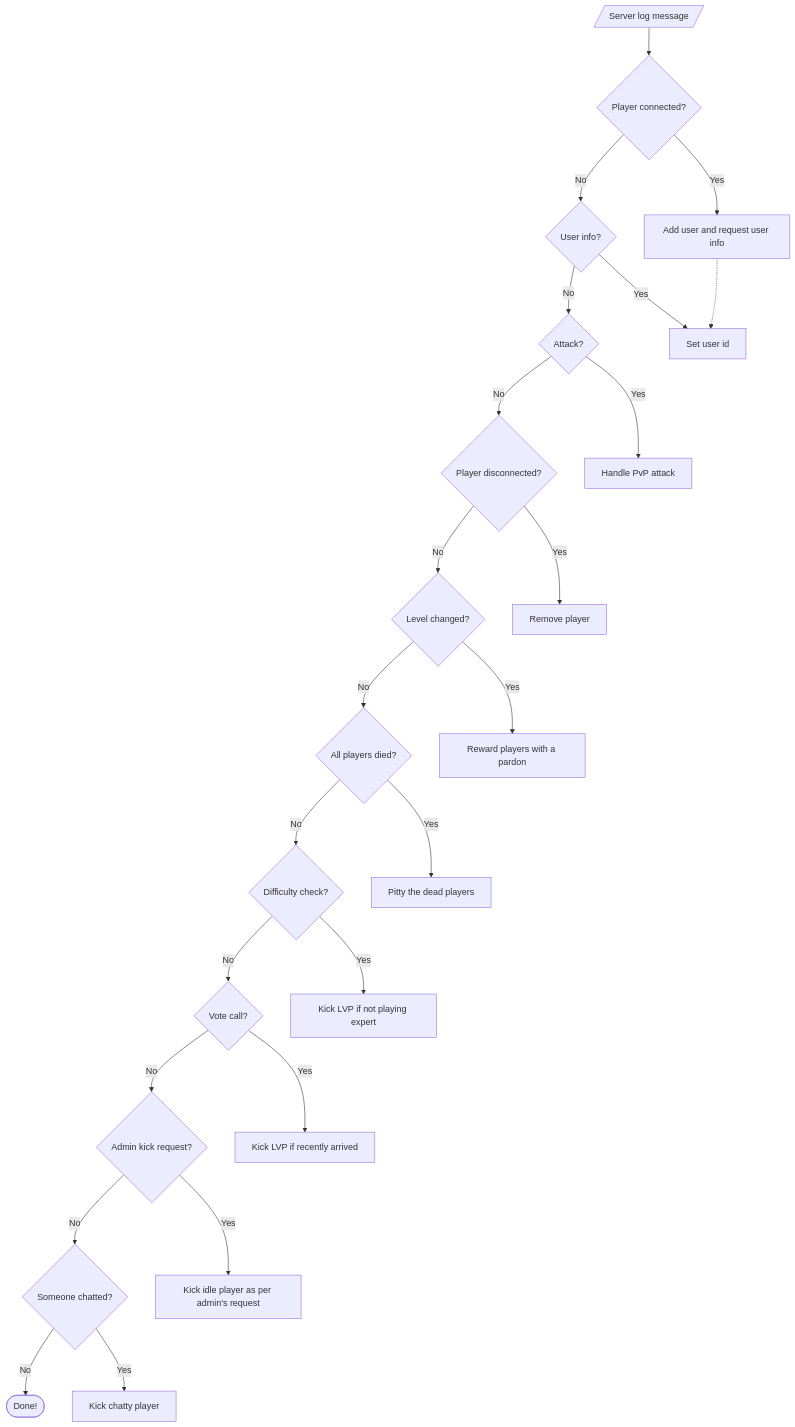
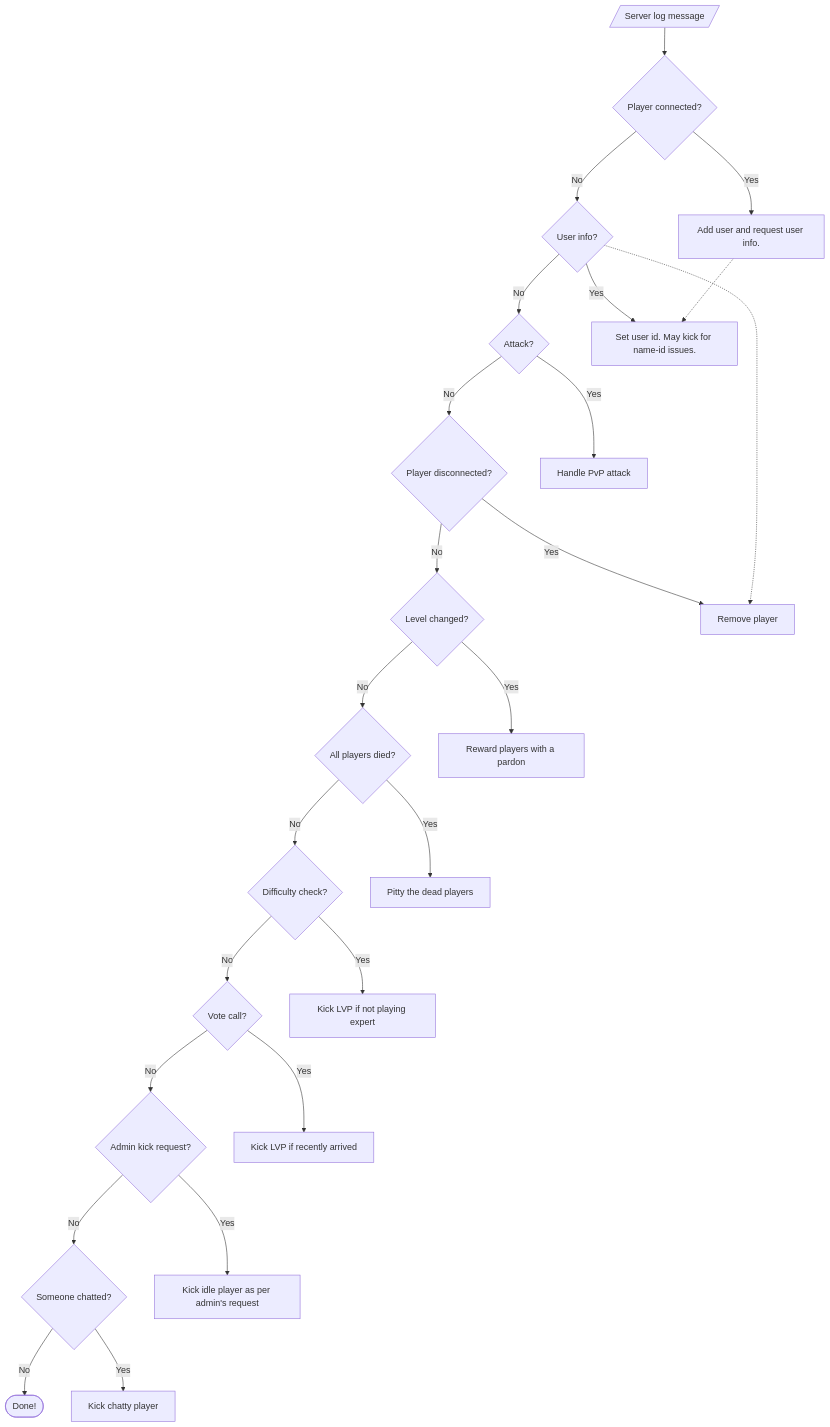
One commit to carlosjhr64/l4d2-observer changed the diagram in README.md. Above: the diagram before and after it, drawn with Mermaid.

Commit message:
mermaid - dotted

````diff
--- a/README.md
+++ b/README.md
@@ -32,25 +32,26 @@
 ```mermaid
 flowchart TD;
   LogMsg[/Server log message/] --> Connected{Player connected?};
   Connected -->|No| UserInfo{User info?};
-  Connected -->|Yes| ProcessConnected[Add user and request user info];
+  Connected -->|Yes| ProcessConnected[Add user and request user info.];
   UserInfo -->|No| Attack{Attack?};
-  UserInfo -->|Yes| ProcessUserInfo[Set user id];
+  UserInfo -->|Yes| ProcessUserInfo[Set user id. May kick for name-id issues.];
   ProcessConnected -.-> ProcessUserInfo;
   Attack -->|No| Dropped{Player disconnected?};
   Attack -->|Yes| ProcessAttack[Handle PvP attack]
   Dropped -->|No| ChangeLevel{Level changed?}
   Dropped -->|Yes| ProcessDropped[Remove player]
+  UserInfo -.-> ProcessDropped
   ChangeLevel -->|No| InitDirectorScript{All players died?}
   ChangeLevel -->|Yes| ProcessChangeLevel[Reward players with a pardon]
   InitDirectorScript -->|No| DifficultyCheck{Difficulty check?}
   InitDirectorScript -->|Yes| ProcessInitDirectorScript[Pitty the dead players]
   DifficultyCheck -->|No| PotentialVote{Vote call?}
   DifficultyCheck -->|Yes| ProcessDifficultyCheck[Kick LVP if not playing expert] 
   PotentialVote --> |No| IdleKick{Admin kick request?}
   PotentialVote --> |Yes| ProcessPotentialVote[Kick LVP if recently arrived]
   IdleKick --> |No| Chat{Someone chatted?}
   IdleKick --> |Yes| ProcessIdleKick[Kick idle player as per admin's request]
   Chat --> |No| Stop([Done!])
   Chat --> |Yes| ProcessChat[Kick chatty player]
 ```
````
